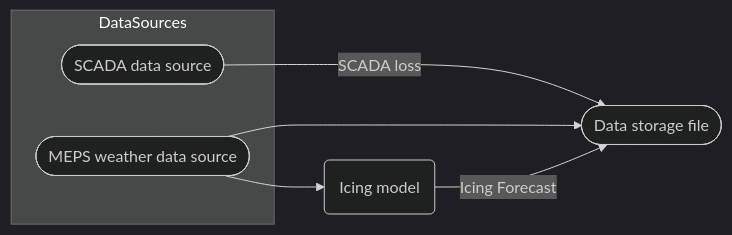
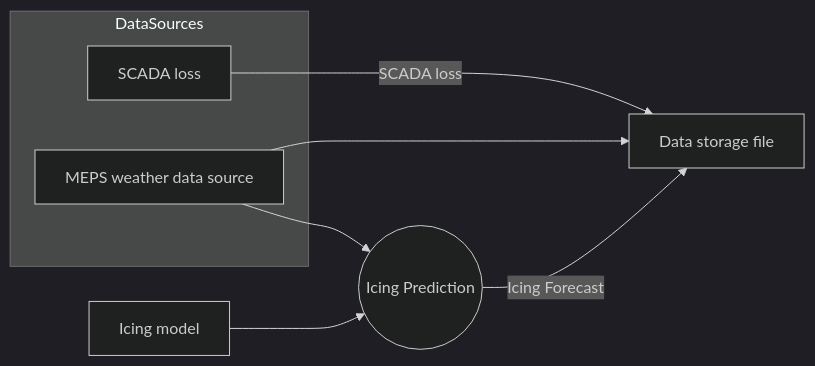
Before and after one commit to markusrupp/icing_flowshart: the diagram in README.md, drawn with Mermaid (dark theme).

````diff
--- a/README.md
+++ b/README.md
@@ -17,12 +17,13 @@
 ```mermaid
 flowchart LR
     subgraph DataSources
-        SCADA([SCADA data source])
-        MEPS([MEPS weather data source])
+        SCADA[SCADA loss]
+        MEPS[MEPS weather data source]
     end
 
-    SCADA -->|SCADA loss| DSF([Data storage file])
+    SCADA -->|SCADA loss| DSF[Data storage file]
     MEPS --> DSF
-    MEPS --> IM(Icing model)
-    IM -->|Icing Forecast| DSF
+    MEPS --> IP((Icing Prediction))
+    IM[Icing model] --> IP
+    IP -->|Icing Forecast| DSF
 ```
````
